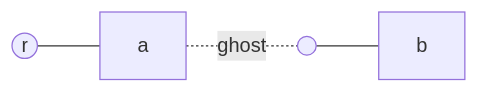
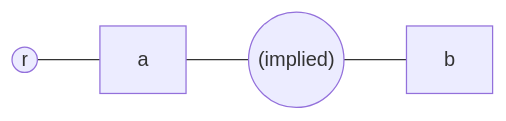
The sixth of 15 diagrams in docs/superpowers/specs/2026-08-29-op-cases.md (Project-Starlivia/mmm), drawn with Mermaid before and after one commit. The commit also changed other lines of this file and 1 other file, not shown here.

Commit message:
docs: 📝 ghost を廃止し implied（暗黙ノード）へ — 存在条件・昇格・裁定表の消滅

````diff
--- a/docs/superpowers/specs/2026-08-29-op-cases.md
+++ b/docs/superpowers/specs/2026-08-29-op-cases.md
@@ -250,5 +250,5 @@
 ```mermaid
 graph LR
   r((r)) --- a
-  a -.ghost.- g(( )) --- b
+  a --- g(("(implied)")) --- b
 ```
````
